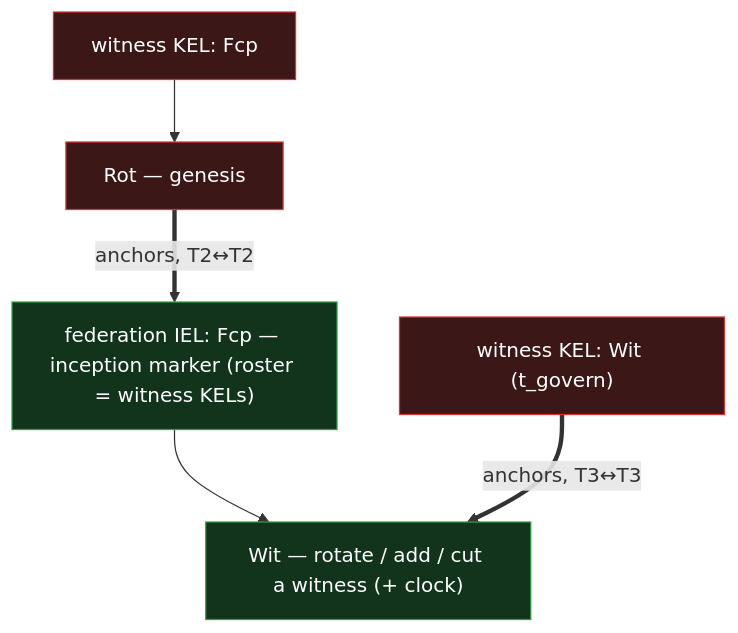
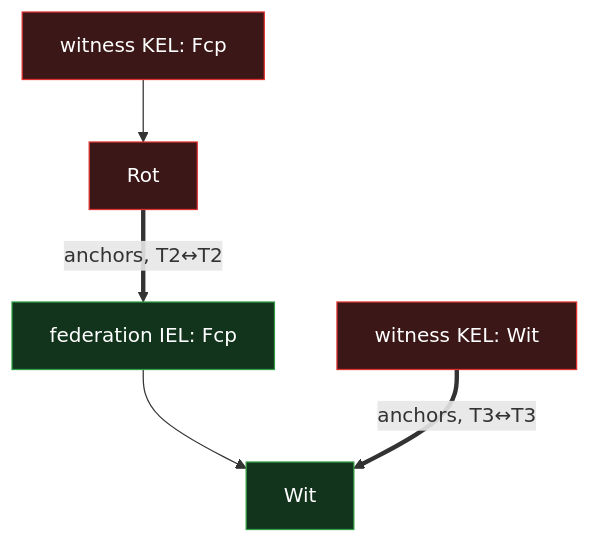
Before and after one commit to jasoncolburne/vdti: the first of 2 diagrams in docs/design/federation/bootstrap.md, drawn with Mermaid. The commit also changed other lines of this file and 7 other files, not shown here.

Commit message:
VDTI-10: Diagram updates

````diff
--- a/docs/design/federation/bootstrap.md
+++ b/docs/design/federation/bootstrap.md
@@ -17,10 +17,10 @@
 ```mermaid
 flowchart TB
-  wFcp["witness KEL: Fcp"]:::kel --> wRot["Rot — genesis"]:::kel
-  wWit["witness KEL: Wit (t_govern)"]:::kel
-  fFcp["federation IEL: Fcp — inception marker (roster = witness KELs)"]:::iel --> fWit["Wit — rotate / add / cut a witness (+ clock)"]:::iel
+  wFcp["witness KEL: Fcp"]:::kel --> wRot["Rot"]:::kel
+  wWit["witness KEL: Wit"]:::kel
+  fFcp["federation IEL: Fcp"]:::iel --> fWit["Wit"]:::iel
   wRot ==>|anchors, T2↔T2| fFcp
   wWit ==>|anchors, T3↔T3| fWit
   classDef kel fill:#3b1717,stroke:#e03131,color:#fff
   classDef iel fill:#12331c,stroke:#2f9e44,color:#fff
 ```
````
